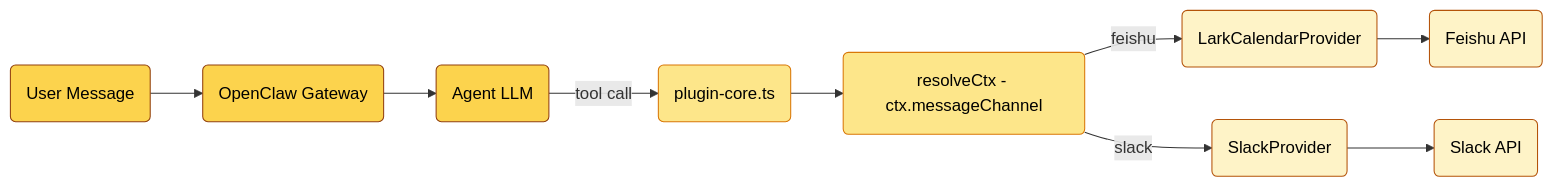
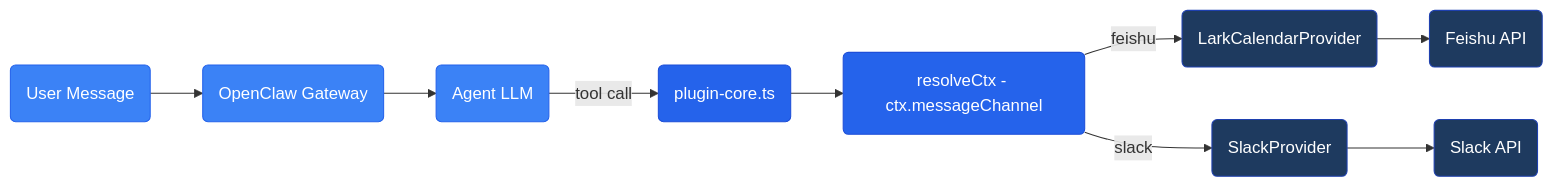
Before and after one commit to javana3/claw_meeting_all: the eighth of 13 diagrams in README.md, drawn with Mermaid. The commit also changed other lines of this file, not shown here.

Commit message:
Modernize diagrams with blue tech color scheme

````diff
--- a/README.md
+++ b/README.md
@@ -322,21 +322,21 @@
 ```mermaid
 graph LR
     MSG(User Message) --> GW(OpenClaw Gateway)
     GW --> AGENT(Agent LLM)
     AGENT -->|tool call| CORE(plugin-core.ts)
     CORE --> CTX(resolveCtx - ctx.messageChannel)
     CTX -->|feishu| LP(LarkCalendarProvider)
     CTX -->|slack| SP(SlackProvider)
     LP --> LAPI(Feishu API)
     SP --> SAPI(Slack API)
 
-    style CTX fill:#fde68a,stroke:#d97706,color:#000
-    style LP fill:#fef3c7,stroke:#b45309,color:#000
-    style SP fill:#fef3c7,stroke:#b45309,color:#000
-    style MSG fill:#fcd34d,stroke:#92400e,color:#000
-    style GW fill:#fcd34d,stroke:#92400e,color:#000
-    style AGENT fill:#fcd34d,stroke:#92400e,color:#000
-    style CORE fill:#fde68a,stroke:#d97706,color:#000
-    style LAPI fill:#fef3c7,stroke:#b45309,color:#000
-    style SAPI fill:#fef3c7,stroke:#b45309,color:#000
+    style CTX fill:#2563eb,stroke:#1d4ed8,color:#fff
+    style LP fill:#1e3a5f,stroke:#1e40af,color:#fff
+    style SP fill:#1e3a5f,stroke:#1e40af,color:#fff
+    style MSG fill:#3b82f6,stroke:#2563eb,color:#fff
+    style GW fill:#3b82f6,stroke:#2563eb,color:#fff
+    style AGENT fill:#3b82f6,stroke:#2563eb,color:#fff
+    style CORE fill:#2563eb,stroke:#1d4ed8,color:#fff
+    style LAPI fill:#1e3a5f,stroke:#1e40af,color:#fff
+    style SAPI fill:#1e3a5f,stroke:#1e40af,color:#fff
 ```
````
